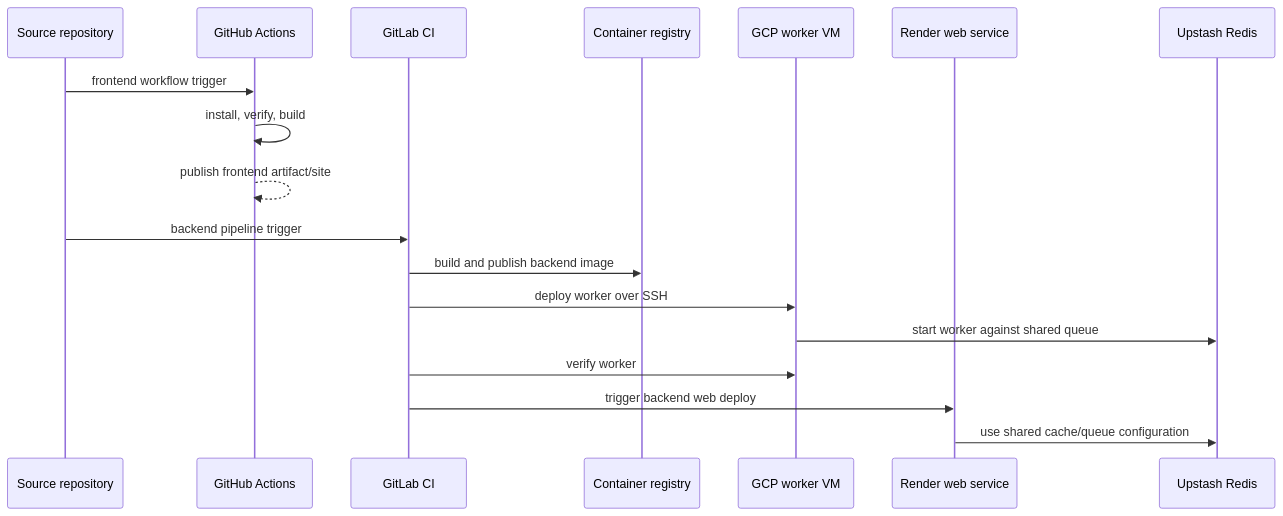
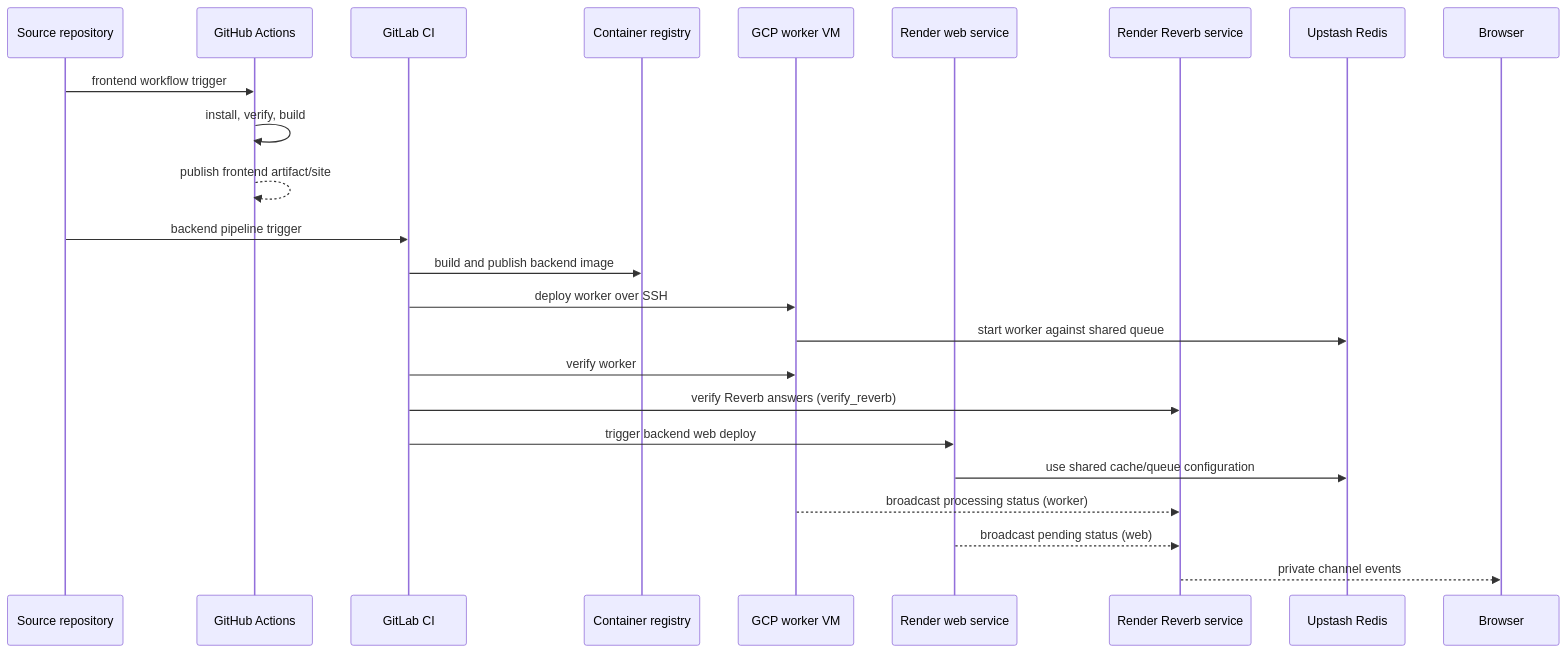
One commit to av3000/japanese-vma changed the diagram in docs/architecture/deployment-and-runtime.md. Above: the diagram before and after it, drawn with Mermaid. The commit also changed other lines of this file and 5 other files, not shown here.

First line of the commit message:
ci(transport): wire worker, web build and verification to the Render Reverb service (P2-2, repository side)

````diff
--- a/docs/architecture/deployment-and-runtime.md
+++ b/docs/architecture/deployment-and-runtime.md
@@ -25,22 +26,27 @@
 ```mermaid
 sequenceDiagram
     participant Git as Source repository
     participant GHA as GitHub Actions
     participant GL as GitLab CI
     participant Registry as Container registry
     participant GCP as GCP worker VM
     participant Render as Render web service
+    participant Reverb as Render Reverb service
     participant Redis as Upstash Redis
 
     Git->>GHA: frontend workflow trigger
     GHA->>GHA: install, verify, build
     GHA-->>GHA: publish frontend artifact/site
 
     Git->>GL: backend pipeline trigger
     GL->>Registry: build and publish backend image
     GL->>GCP: deploy worker over SSH
     GCP->>Redis: start worker against shared queue
     GL->>GCP: verify worker
+    GL->>Reverb: verify Reverb answers (verify_reverb)
     GL->>Render: trigger backend web deploy
     Render->>Redis: use shared cache/queue configuration
+    GCP-->>Reverb: broadcast processing status (worker)
+    Render-->>Reverb: broadcast pending status (web)
+    Reverb-->>Browser: private channel events
 ```
````
